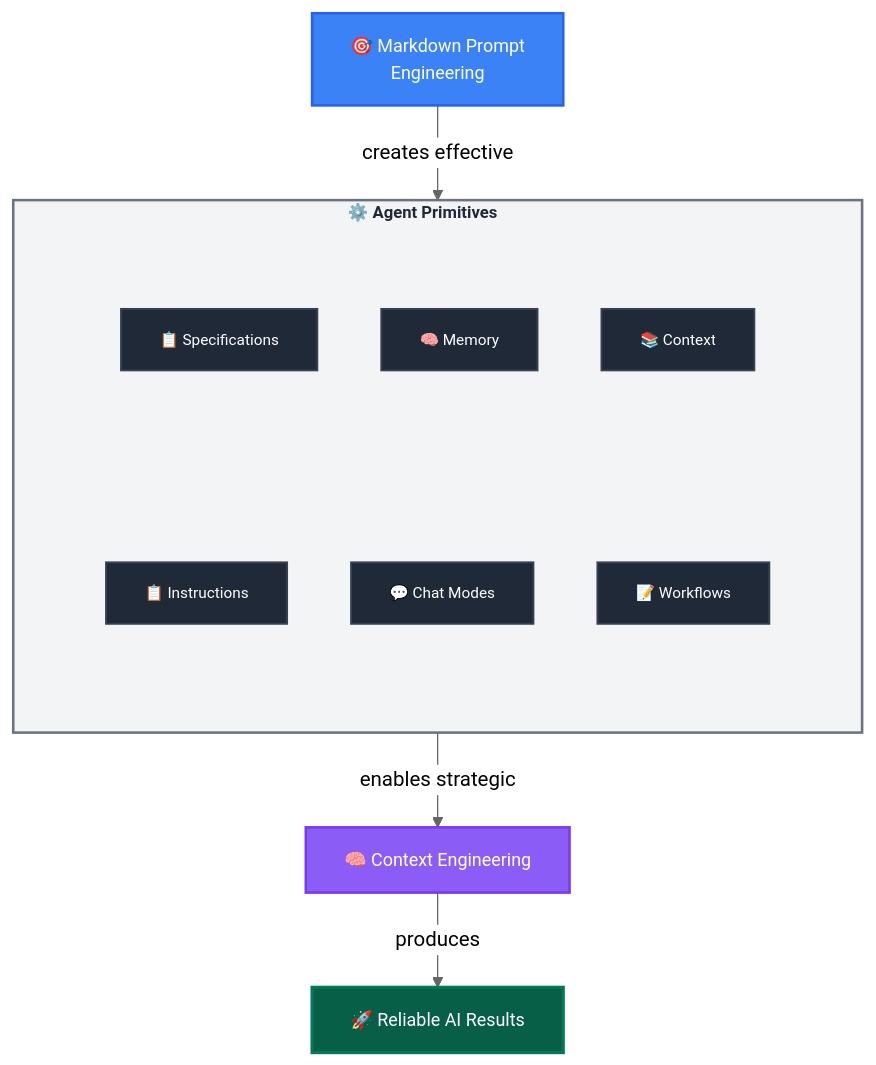
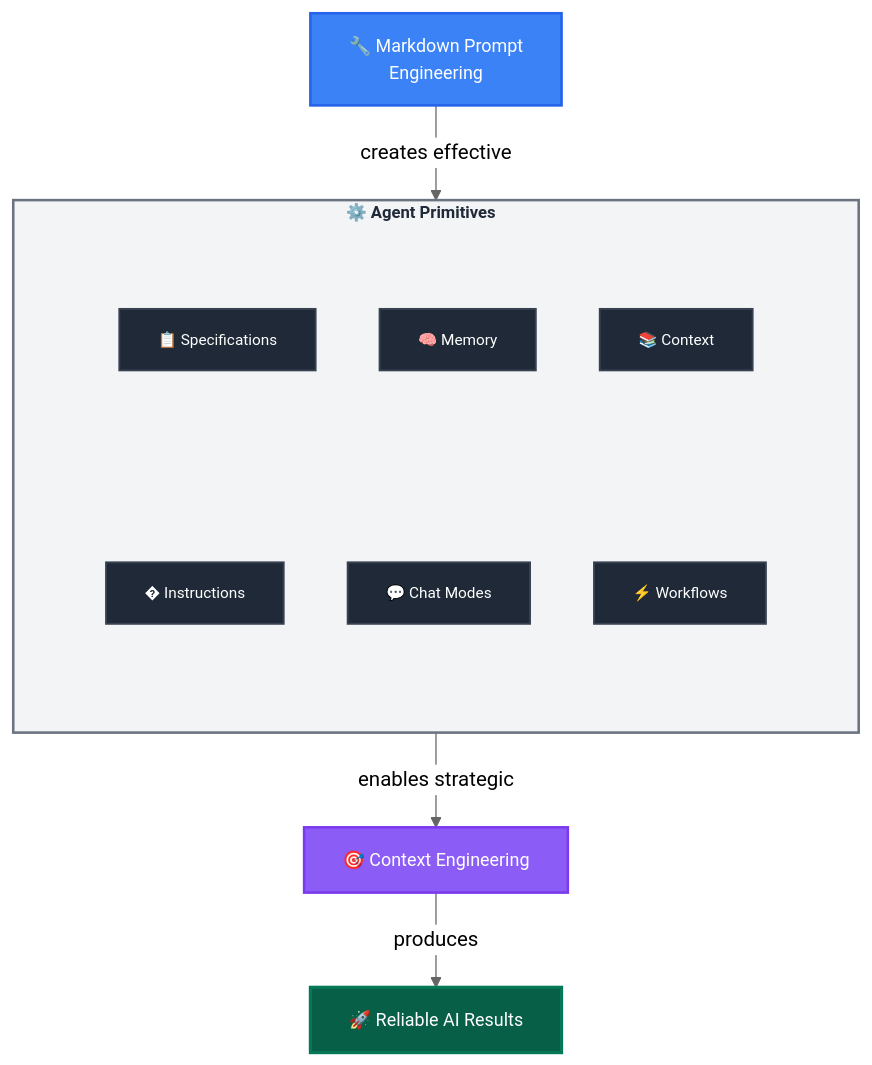
One commit to danielmeppiel/awesome-ai-native changed the diagram in README.md. Above: the diagram before and after it, drawn with Mermaid (neutral theme). The commit also changed other lines of this file, not shown here.

Commit message:
Fix README: Update terminology for clarity and enhance flowchart icons

````diff
--- a/README.md
+++ b/README.md
@@ -70,42 +70,42 @@
 ```mermaid
 flowchart TD
-    A["🎯 Markdown Prompt<br/>Engineering"] 
+    A["🔧 Markdown Prompt<br/>Engineering"] 
     
     subgraph B ["⚙️ Agent Primitives"]
         subgraph B_ROW1 [" "]
-            B1["📋 Instructions"]
+            B1["� Instructions"]
             B2["💬 Chat Modes"] 
-            B3["📝 Workflows"]
+            B3["⚡ Workflows"]
         end
         subgraph B_ROW2 [" "]
             B4["📋 Specifications"]
             B5["🧠 Memory"]
             B6["📚 Context"]
         end
     end
     
-    C["🧠 Context Engineering"]
+    C["🎯 Context Engineering"]
     D["🚀 Reliable AI Results"]
     
     A -->|"creates effective"| B
     B -->|"enables strategic"| C
     C -->|"produces"| D
     
     %% Elegant, accessible color palette with proper contrast
     classDef foundation fill:#3b82f6,stroke:#2563eb,stroke-width:2px,color:#ffffff,font-size:14px
     classDef primitives fill:#1f2937,stroke:#374151,stroke-width:1.5px,color:#ffffff,font-size:12px
     classDef optimization fill:#8b5cf6,stroke:#7c3aed,stroke-width:2px,color:#ffffff,font-size:14px
     classDef outcome fill:#065f46,stroke:#047857,stroke-width:2.5px,color:#ffffff,font-size:14px
     
     class A foundation
     class B1,B2,B3,B4,B5,B6 primitives
     class C optimization
     class D outcome
     
     %% Hide the row subgraph borders
     style B_ROW1 fill:transparent,stroke:none
     style B_ROW2 fill:transparent,stroke:none
     
     %% High contrast container styling for Agent Primitives with spacing
     style B fill:#f3f4f6,stroke:#6b7280,stroke-width:2px,color:#1f2937,font-size:13px,font-weight:bold,margin-top:10px,padding-top:15px
 ```
````
